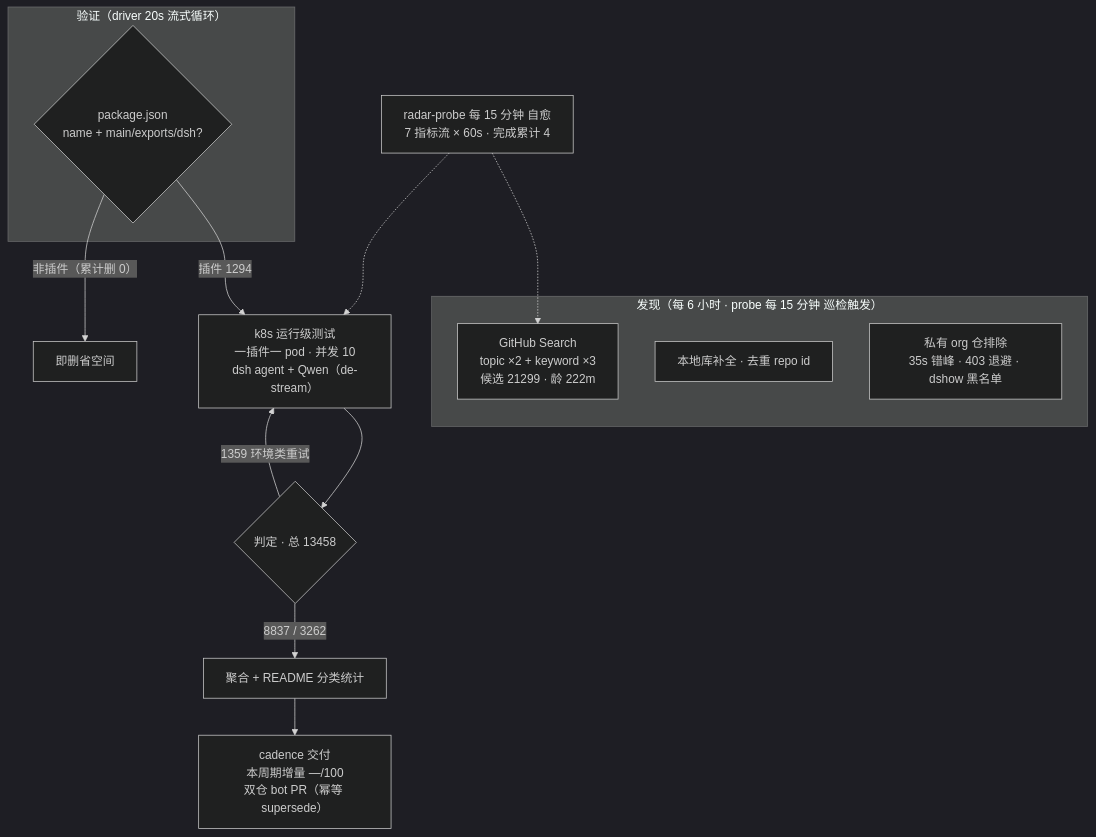
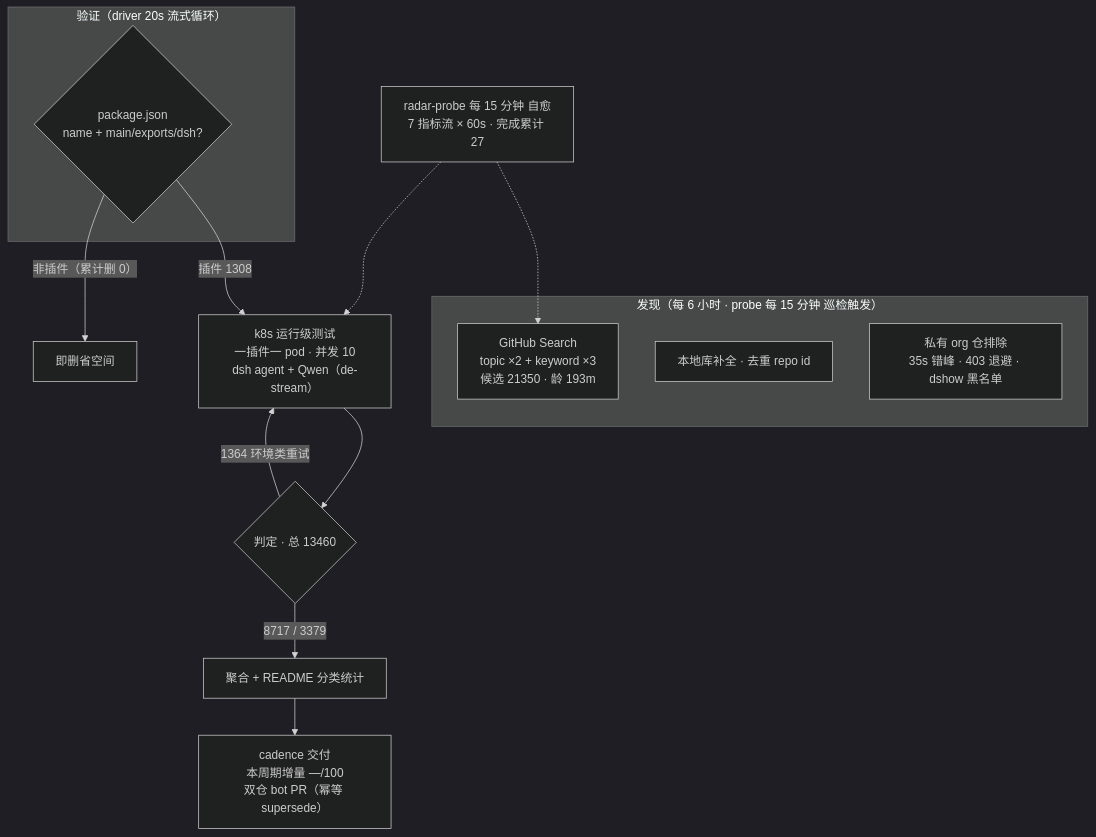
One commit to 1420079678-ctrl/dsh-plugin-radar changed the diagram in README.md. Above: the diagram before and after it, drawn with Mermaid (dark theme). The commit also changed other lines of this file and 15 other files, not shown here.

````diff
--- a/README.md
+++ b/README.md
@@ -52,20 +52,20 @@
 ```mermaid
 flowchart TB
     subgraph Discovery["发现（每 6 小时 · probe 每 15 分钟 巡检触发）"]
-        A1["GitHub Search<br/>topic ×2 + keyword ×3<br/>候选 21299 · 龄 222m"]
+        A1["GitHub Search<br/>topic ×2 + keyword ×3<br/>候选 21350 · 龄 193m"]
         A2["本地库补全 · 去重 repo id"]
         A3["私有 org 仓排除<br/>35s 错峰 · 403 退避 · dshow 黑名单"]
     end
     subgraph Validation["验证（driver 20s 流式循环）"]
         B1{"package.json<br/>name + main/exports/dsh?"}
     end
-    B1 -->|"插件 1294"| C1["k8s 运行级测试<br/>一插件一 pod · 并发 10<br/>dsh agent + Qwen（de-stream）"]
+    B1 -->|"插件 1308"| C1["k8s 运行级测试<br/>一插件一 pod · 并发 10<br/>dsh agent + Qwen（de-stream）"]
     B1 -->|"非插件（累计删 0）"| B3["即删省空间"]
-    C1 --> D1{"判定 · 总 13458"}
-    D1 -->|"8837 / 3262"| E1["聚合 + README 分类统计"]
-    D1 -->|"1359 环境类重试"| C1
+    C1 --> D1{"判定 · 总 13460"}
+    D1 -->|"8717 / 3379"| E1["聚合 + README 分类统计"]
+    D1 -->|"1364 环境类重试"| C1
     E1 --> E2["cadence 交付<br/>本周期增量 —/100<br/>双仓 bot PR（幂等 supersede）"]
-    M["radar-probe 每 15 分钟 自愈<br/>7 指标流 × 60s · 完成累计 4"]
+    M["radar-probe 每 15 分钟 自愈<br/>7 指标流 × 60s · 完成累计 27"]
     M -.-> A1
     M -.-> C1
 ```
````
